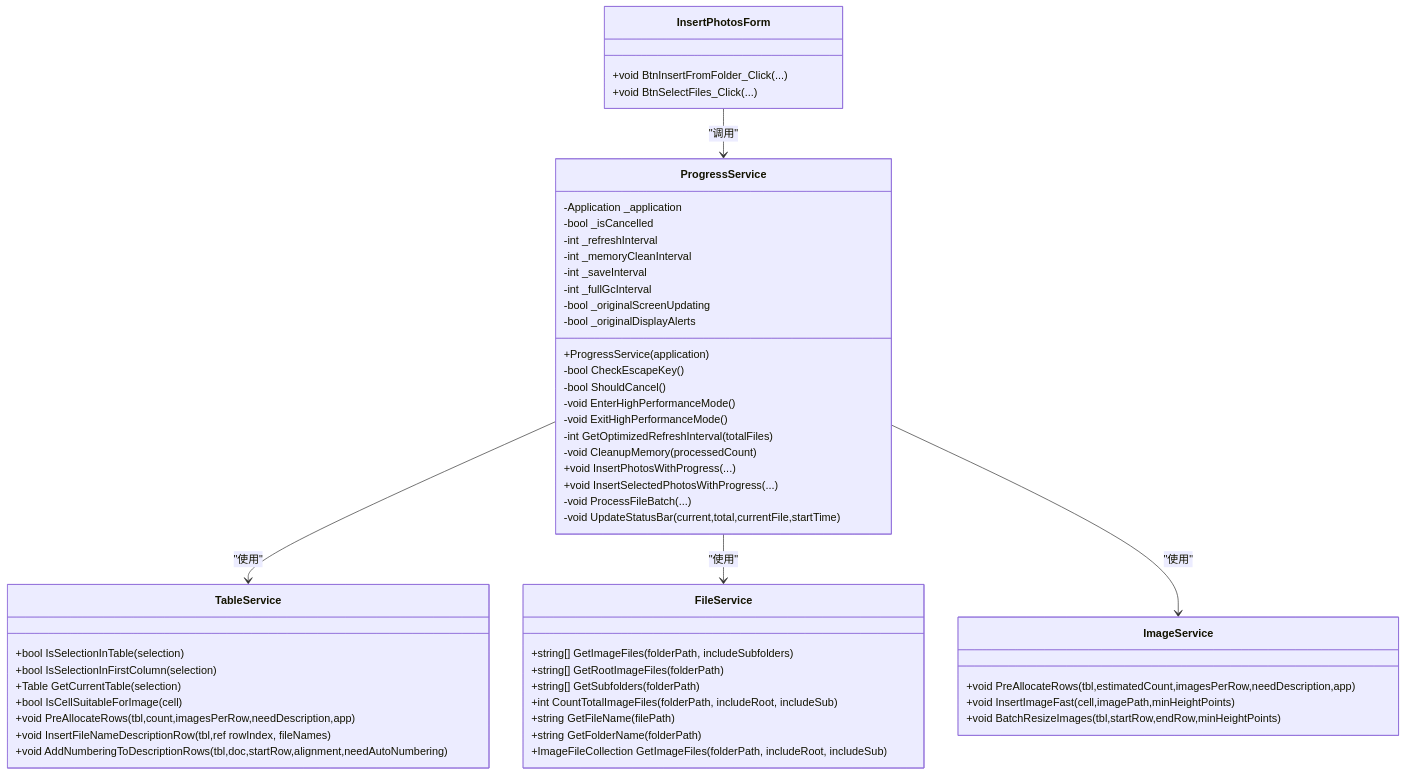
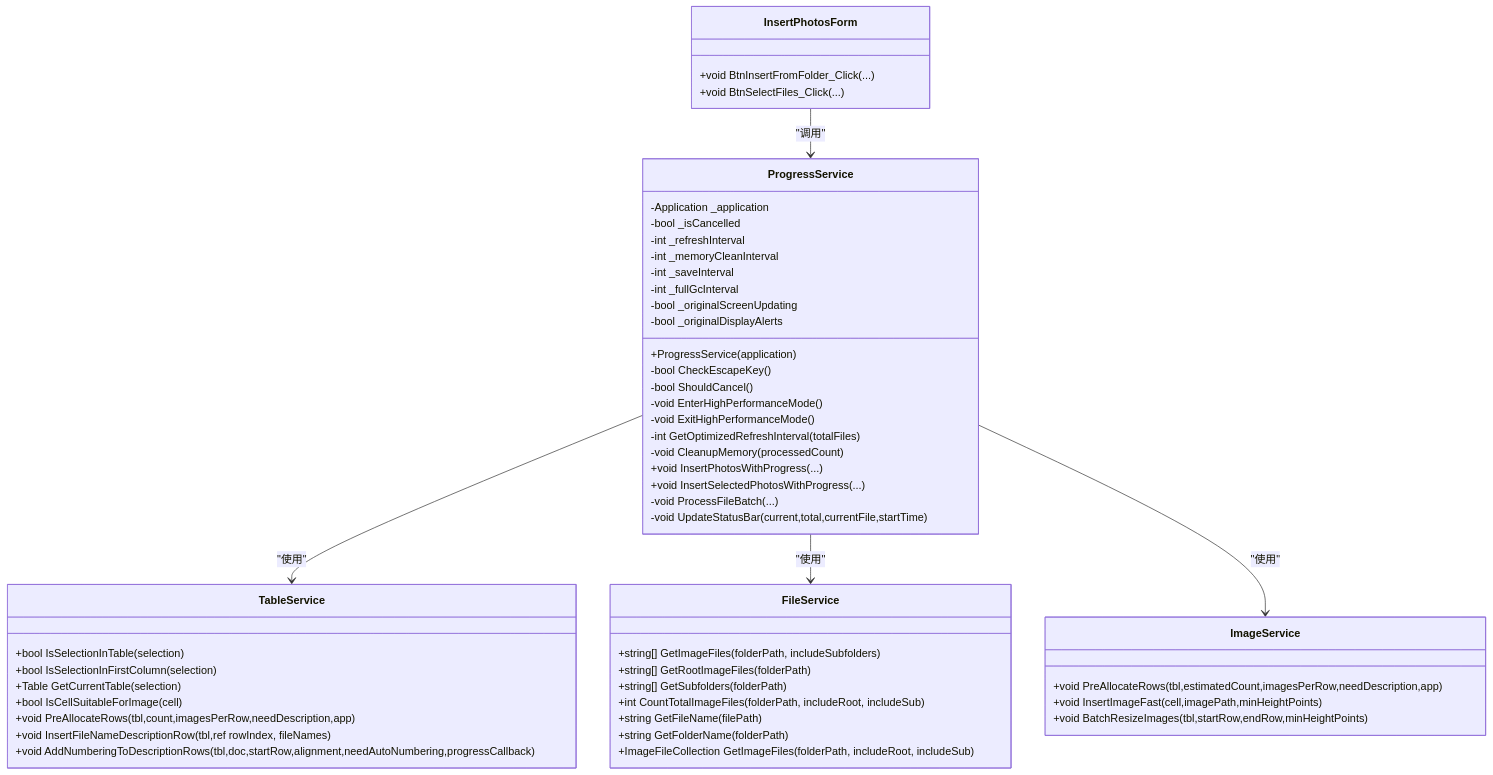
The third of 6 diagrams in .qoder/repowiki/zh/content/服务层/进度服务.md (rainiva/WordTools), drawn with Mermaid before and after one commit. The commit also changed other lines of this file and 4 other files, not shown here.

````diff
--- a/.qoder/repowiki/zh/content/服务层/进度服务.md
+++ b/.qoder/repowiki/zh/content/服务层/进度服务.md
@@ -150,55 +152,55 @@
 ```mermaid
 classDiagram
 class ProgressService {
 -Application _application
 -bool _isCancelled
 -int _refreshInterval
 -int _memoryCleanInterval
 -int _saveInterval
 -int _fullGcInterval
 -bool _originalScreenUpdating
 -bool _originalDisplayAlerts
 +ProgressService(application)
 -bool CheckEscapeKey()
 -bool ShouldCancel()
 -void EnterHighPerformanceMode()
 -void ExitHighPerformanceMode()
 -int GetOptimizedRefreshInterval(totalFiles)
 -void CleanupMemory(processedCount)
 +void InsertPhotosWithProgress(...)
 +void InsertSelectedPhotosWithProgress(...)
 -void ProcessFileBatch(...)
 -void UpdateStatusBar(current,total,currentFile,startTime)
 }
 class TableService {
 +bool IsSelectionInTable(selection)
 +bool IsSelectionInFirstColumn(selection)
 +Table GetCurrentTable(selection)
 +bool IsCellSuitableForImage(cell)
 +void PreAllocateRows(tbl,count,imagesPerRow,needDescription,app)
 +void InsertFileNameDescriptionRow(tbl,ref rowIndex, fileNames)
-+void AddNumberingToDescriptionRows(tbl,doc,startRow,alignment,needAutoNumbering)
++void AddNumberingToDescriptionRows(tbl,doc,startRow,alignment,needAutoNumbering,progressCallback)
 }
 class FileService {
 +string[] GetImageFiles(folderPath, includeSubfolders)
 +string[] GetRootImageFiles(folderPath)
 +string[] GetSubfolders(folderPath)
 +int CountTotalImageFiles(folderPath, includeRoot, includeSub)
 +string GetFileName(filePath)
 +string GetFolderName(folderPath)
 +ImageFileCollection GetImageFiles(folderPath, includeRoot, includeSub)
 }
 class ImageService {
 +void PreAllocateRows(tbl,estimatedCount,imagesPerRow,needDescription,app)
 +void InsertImageFast(cell,imagePath,minHeightPoints)
 +void BatchResizeImages(tbl,startRow,endRow,minHeightPoints)
 }
 class InsertPhotosForm {
 +void BtnInsertFromFolder_Click(...)
 +void BtnSelectFiles_Click(...)
 }
 ProgressService --> TableService : "使用"
 ProgressService --> FileService : "使用"
 ProgressService --> ImageService : "使用"
 InsertPhotosForm --> ProgressService : "调用"
 ```
````
